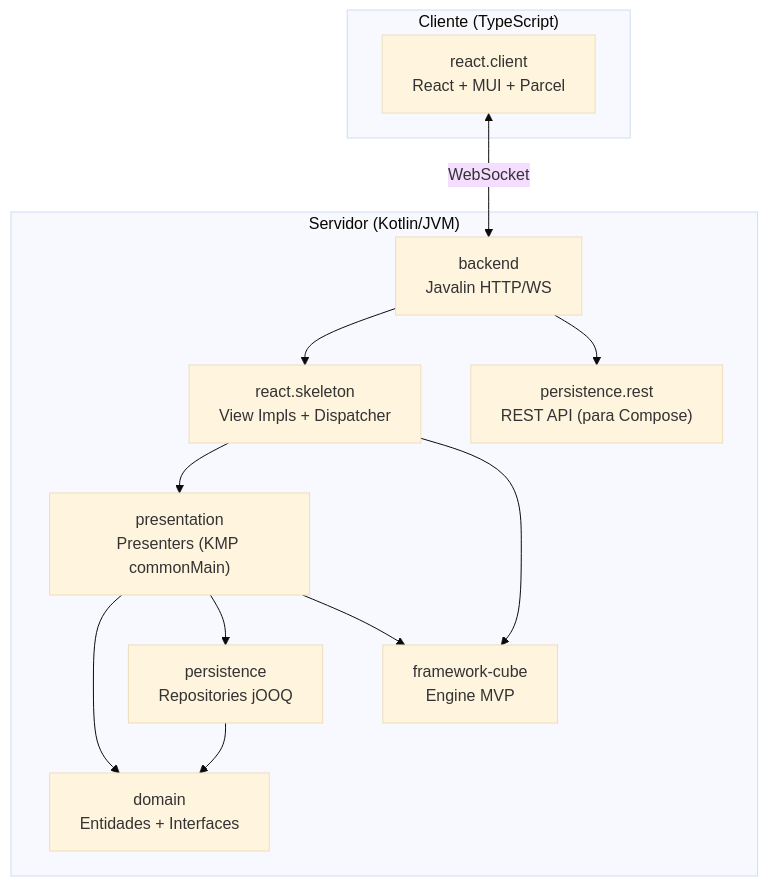
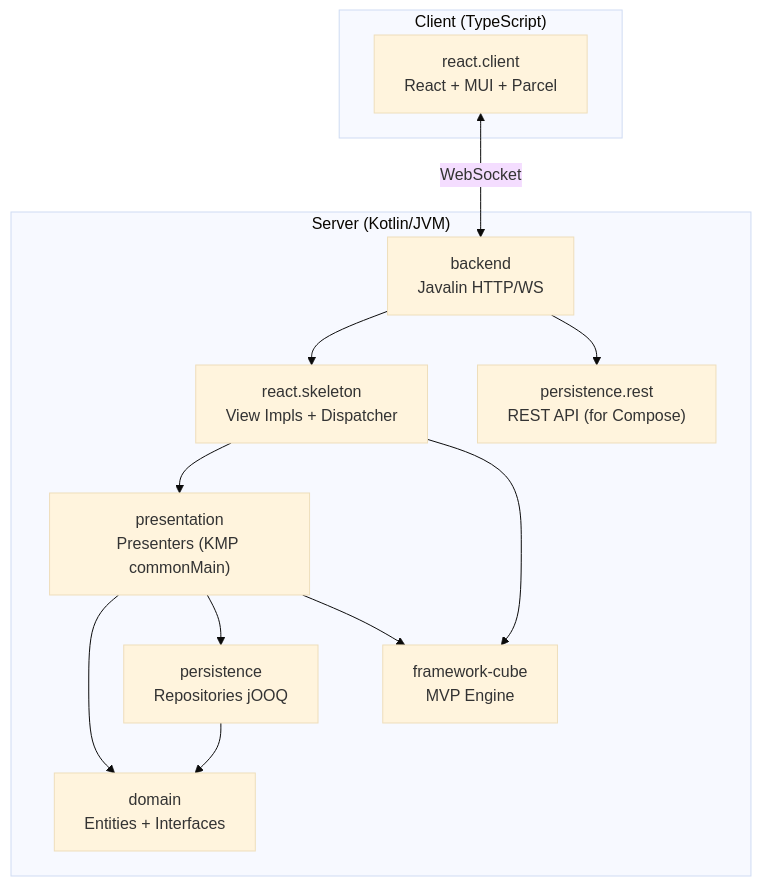
One commit to mrcdom/wdc-cube-kotlin changed the third of 9 diagrams in docs/architecture-react.md. Above: the diagram before and after it, drawn with Mermaid (base theme). The commit also changed other lines of this file and 10 other files, not shown here.

First line of the commit message:
docs: architecture docs and top-level READMEs in US English

````diff
--- a/docs/architecture-react.md
+++ b/docs/architecture-react.md
@@ -87,26 +87,26 @@
 ```mermaid
 graph TB
-    subgraph "Cliente (TypeScript)"
+    subgraph "Client (TypeScript)"
         RC["react.client<br/>React + MUI + Parcel"]
     end
 
-    subgraph "Servidor (Kotlin/JVM)"
+    subgraph "Server (Kotlin/JVM)"
         BACK["backend<br/>Javalin HTTP/WS"]
         SKEL["react.skeleton<br/>View Impls + Dispatcher"]
         PRES["presentation<br/>Presenters (KMP commonMain)"]
         PERS["persistence<br/>Repositories jOOQ"]
-        PERSR["persistence.rest<br/>REST API (para Compose)"]
-        DOM["domain<br/>Entidades + Interfaces"]
-        CUBE["framework-cube<br/>Engine MVP"]
+        PERSR["persistence.rest<br/>REST API (for Compose)"]
+        DOM["domain<br/>Entities + Interfaces"]
+        CUBE["framework-cube<br/>MVP Engine"]
     end
 
     RC <-->|WebSocket| BACK
     BACK --> SKEL
     BACK --> PERSR
     SKEL --> PRES
     PRES --> DOM
     PRES --> PERS
     PERS --> DOM
     SKEL --> CUBE
     PRES --> CUBE
 ```
````
